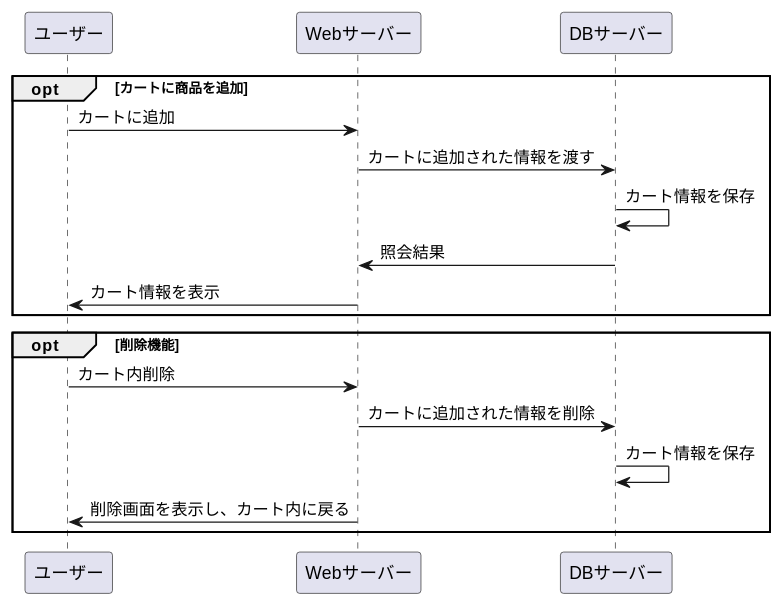
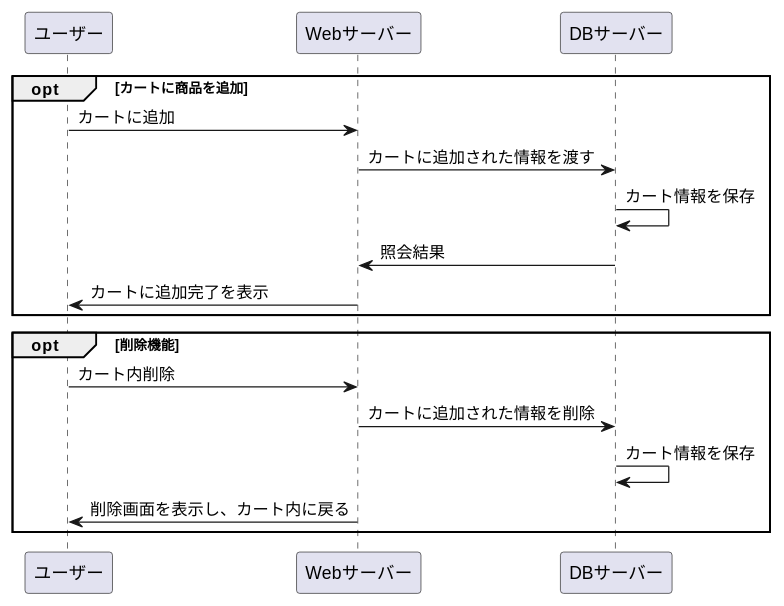
The diagram in stationary/業務フロー/カート.md (Aso2001154/2021sys-design), drawn with PlantUML before and after one commit.

````diff
--- a/stationary/業務フロー/カート.md
+++ b/stationary/業務フロー/カート.md
@@ -1,20 +1,20 @@
 ```uml
 @startuml
 
 opt カートに商品を追加
 ユーザー -> Webサーバー : カートに追加
 Webサーバー -> DBサーバー : カートに追加された情報を渡す
 DBサーバー -> DBサーバー : カート情報を保存
 DBサーバー -> Webサーバー : 照会結果
-Webサーバー -> ユーザー : カート情報を表示
+Webサーバー -> ユーザー : カートに追加完了を表示
 end
 
 opt 削除機能
 ユーザー -> Webサーバー : カート内削除
 Webサーバー -> DBサーバー : カートに追加された情報を削除
 DBサーバー -> DBサーバー : カート情報を保存
 Webサーバー -> ユーザー : 削除画面を表示し、カート内に戻る
 end
 
 @enduml
 ```
````
